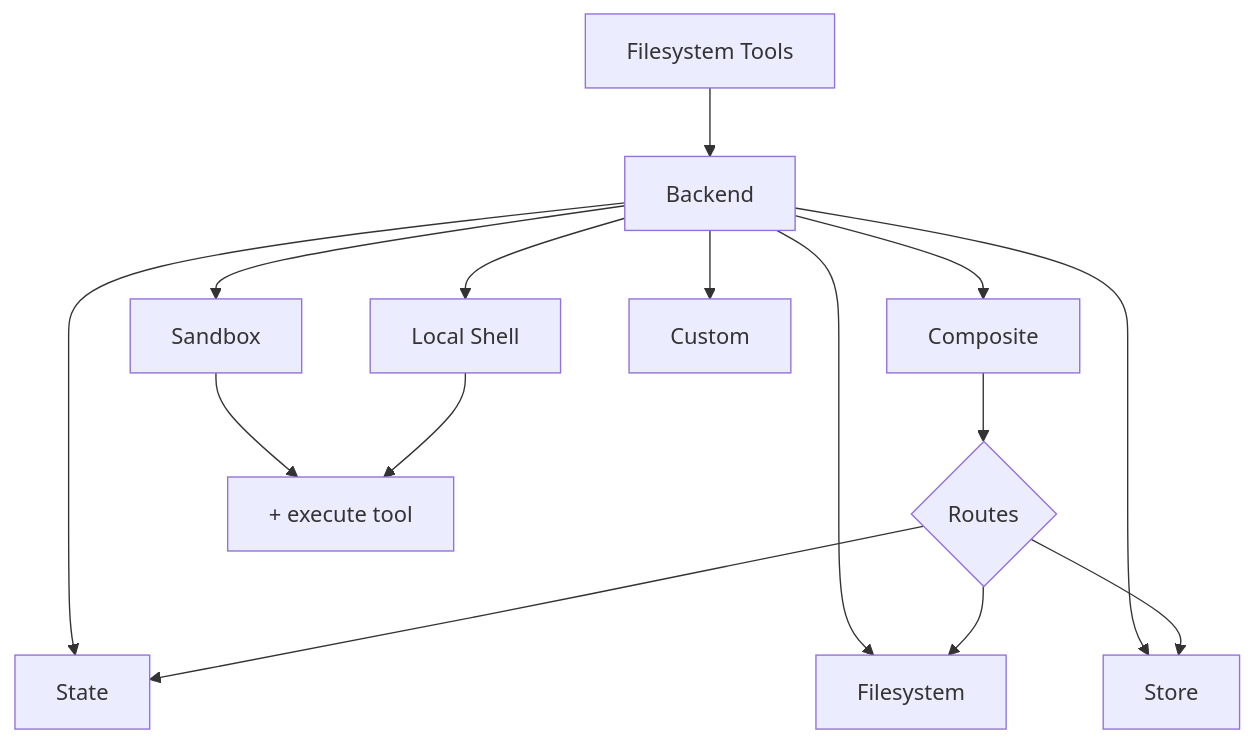
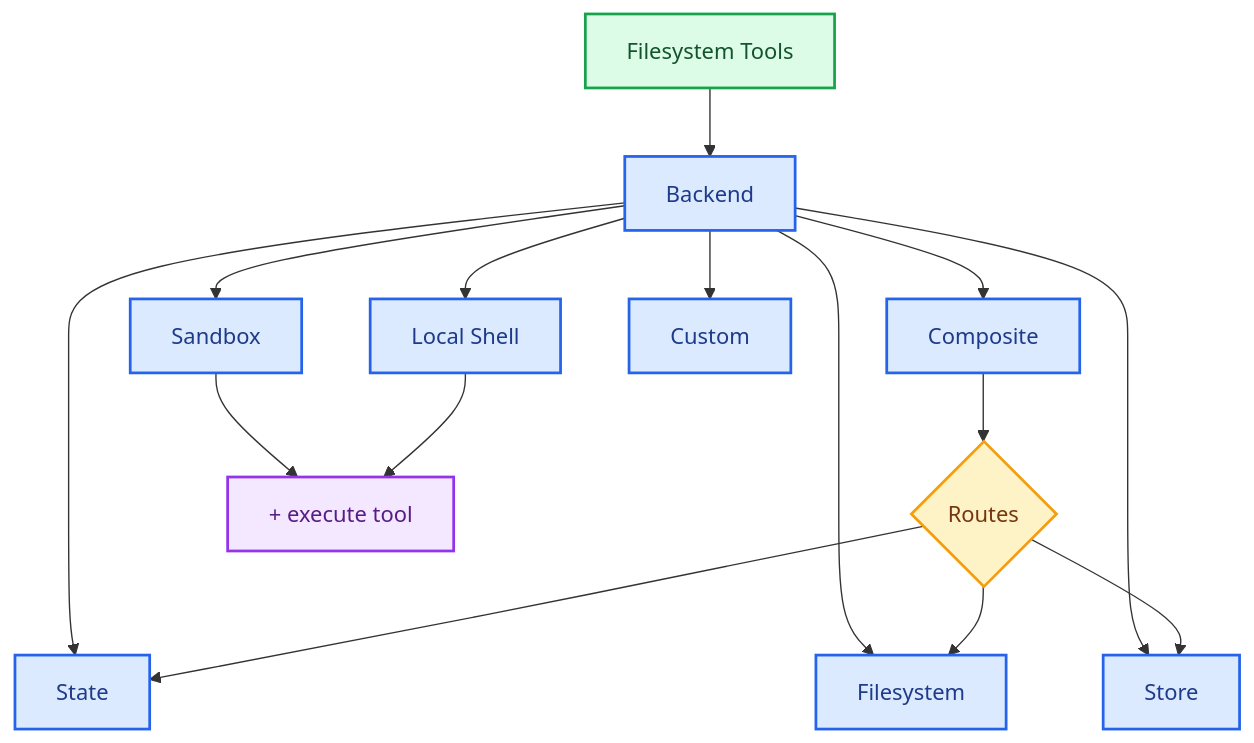
One commit to kunfan96/cndocs-langchain changed the diagram in oss/javascript/deepagents/backends.mdx. Above: the diagram before and after it, drawn with Mermaid. The commit also changed other lines of this file and 2611 other files, not shown here.

````diff
--- a/oss/javascript/deepagents/backends.mdx
+++ b/oss/javascript/deepagents/backends.mdx
@@ -16,20 +51,30 @@
 ```mermaid
 graph TB
     Tools[Filesystem Tools] --> Backend[Backend]
 
     Backend --> State[State]
     Backend --> Disk[Filesystem]
     Backend --> Store[Store]
     Backend --> Sandbox[Sandbox]
     Backend --> LocalShell[Local Shell]
     Backend --> Composite[Composite]
     Backend --> Custom[Custom]
 
     Composite --> Router{Routes}
     Router --> State
     Router --> Disk
     Router --> Store
 
     Sandbox --> Execute["#43; execute tool"]
     LocalShell --> Execute["#43; execute tool"]
+
+    classDef trigger fill:#DCFCE7,stroke:#16A34A,stroke-width:2px,color:#14532D
+    classDef process fill:#DBEAFE,stroke:#2563EB,stroke-width:2px,color:#1E3A8A
+    classDef decision fill:#FEF3C7,stroke:#F59E0B,stroke-width:2px,color:#78350F
+    classDef output fill:#F3E8FF,stroke:#9333EA,stroke-width:2px,color:#581C87
+
+    class Tools trigger
+    class Backend,State,Disk,Store,Sandbox,LocalShell,Composite,Custom process
+    class Router decision
+    class Execute output
 ```
````
